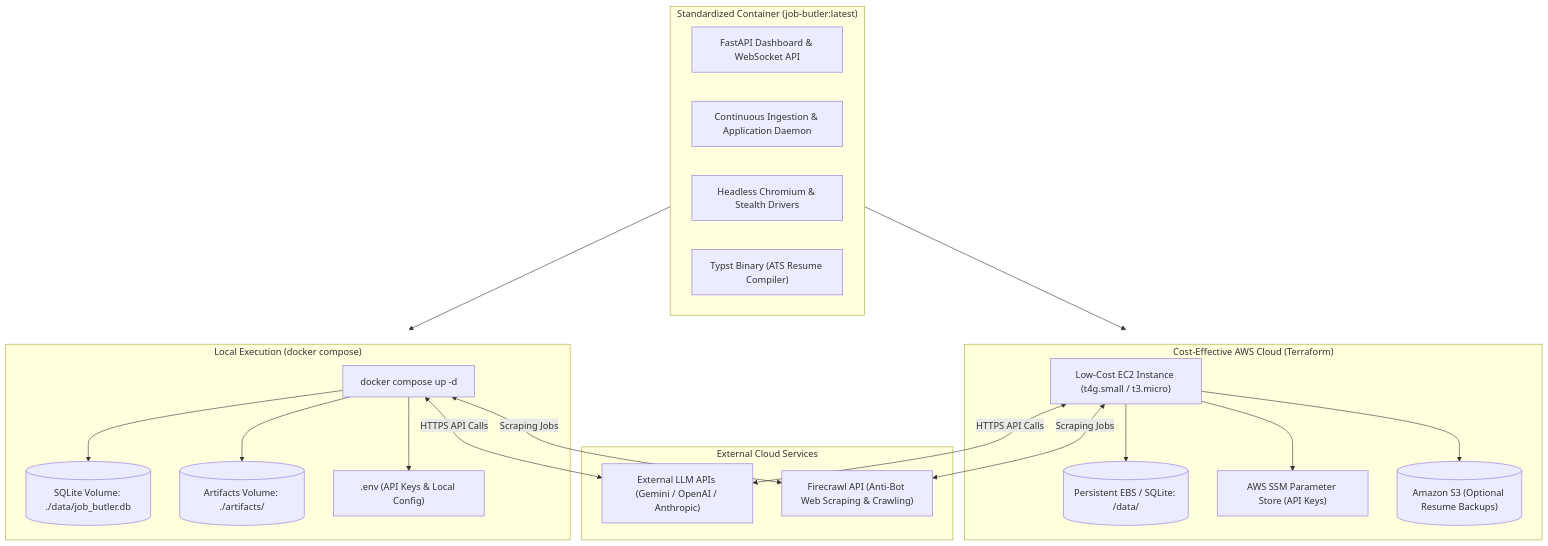
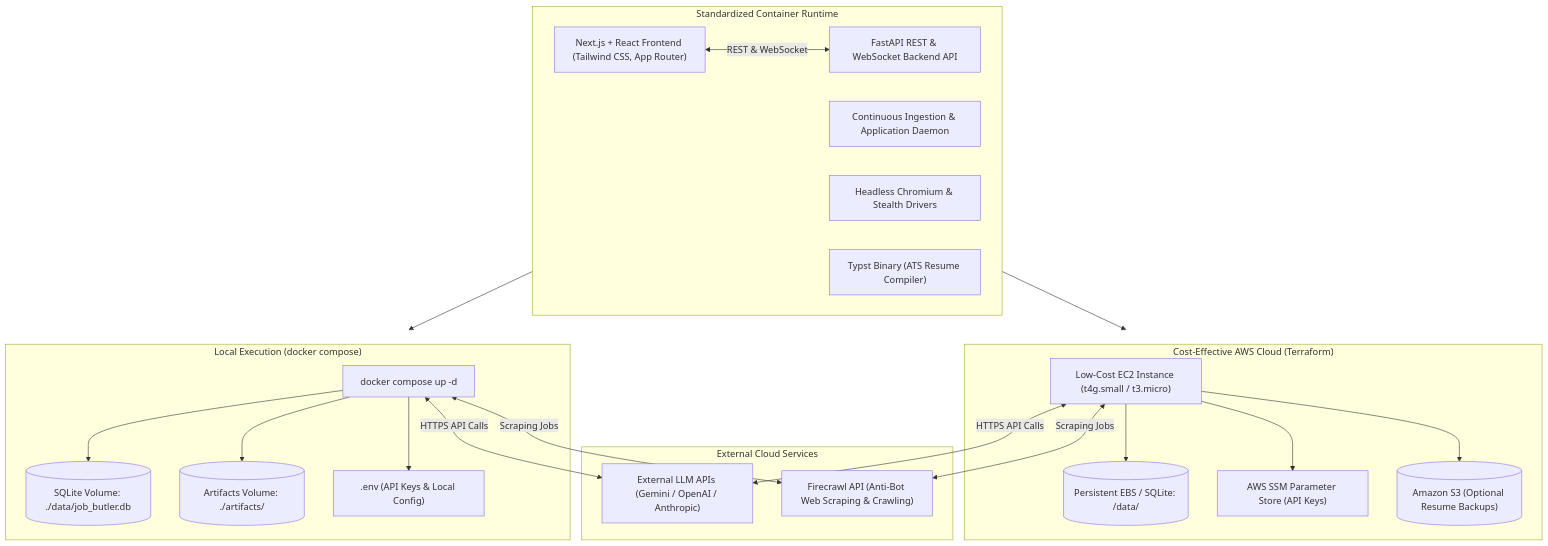
Before and after one commit to SelfOverflow/job-butler: the diagram in docs/architecture.md, drawn with Mermaid. The commit also changed other lines of this file and 2 other files, not shown here.

Commit message:
feat(frontend): integrate Next.js, React.js, and Tailwind CSS into architecture and slices 4 and 7

````diff
--- a/docs/architecture.md
+++ b/docs/architecture.md
@@ -17,42 +17,44 @@
 ```mermaid
 graph TD
-    subgraph ContainerImage ["Standardized Container (job-butler:latest)"]
-        FastAPIApp["FastAPI Dashboard & WebSocket API"]
+    subgraph ContainerImage ["Standardized Container Runtime"]
+        NextJSFrontend["Next.js + React Frontend (Tailwind CSS, App Router)"]
+        FastAPIApp["FastAPI REST & WebSocket Backend API"]
         WorkerDaemon["Continuous Ingestion & Application Daemon"]
         PlaywrightChromium["Headless Chromium & Stealth Drivers"]
         TypstEngine["Typst Binary (ATS Resume Compiler)"]
     end
 
     subgraph ExternalAPIs ["External Cloud Services"]
         LLMAPI["External LLM APIs (Gemini / OpenAI / Anthropic)"]
         FirecrawlAPI["Firecrawl API (Anti-Bot Web Scraping & Crawling)"]
     end
 
     subgraph LocalRuntime ["Local Execution (docker compose)"]
         LocalCompose["docker compose up -d"]
         LocalVolDB[("SQLite Volume: ./data/job_butler.db")]
         LocalVolPDF[("Artifacts Volume: ./artifacts/")]
         LocalEnv[".env (API Keys & Local Config)"]
     end
 
     subgraph AWSRuntime ["Cost-Effective AWS Cloud (Terraform)"]
         EC2Instance["Low-Cost EC2 Instance (t4g.small / t3.micro)"]
         EBSVolume[("Persistent EBS / SQLite: /data/")]
         SSMParams["AWS SSM Parameter Store (API Keys)"]
         S3Bucket[("Amazon S3 (Optional Resume Backups)")]
     end
 
+    NextJSFrontend <-->|REST & WebSocket| FastAPIApp
     ContainerImage --> LocalRuntime
     ContainerImage --> AWSRuntime
     LocalCompose --> LocalVolDB
     LocalCompose --> LocalVolPDF
     LocalCompose --> LocalEnv
     LocalCompose <-->|HTTPS API Calls| LLMAPI
     LocalCompose <-->|Scraping Jobs| FirecrawlAPI
 
     EC2Instance --> EBSVolume
     EC2Instance --> SSMParams
     EC2Instance --> S3Bucket
     EC2Instance <-->|HTTPS API Calls| LLMAPI
     EC2Instance <-->|Scraping Jobs| FirecrawlAPI
 ```
````
